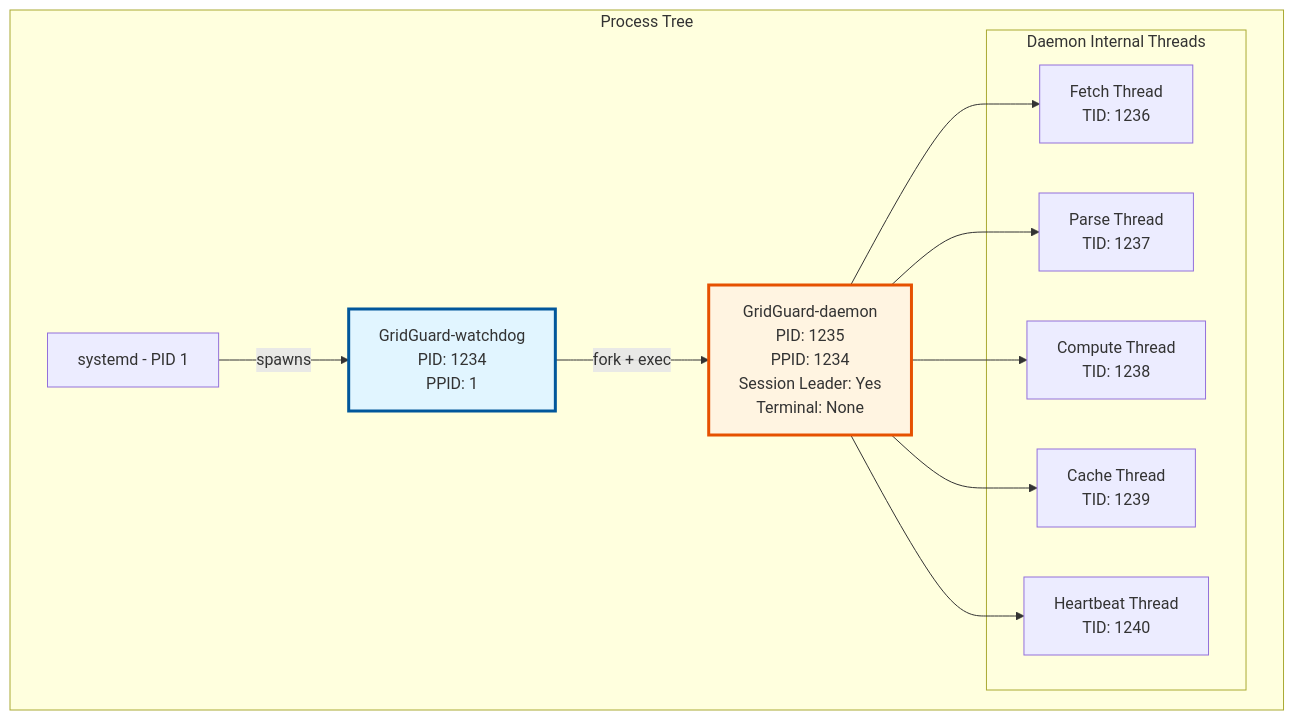
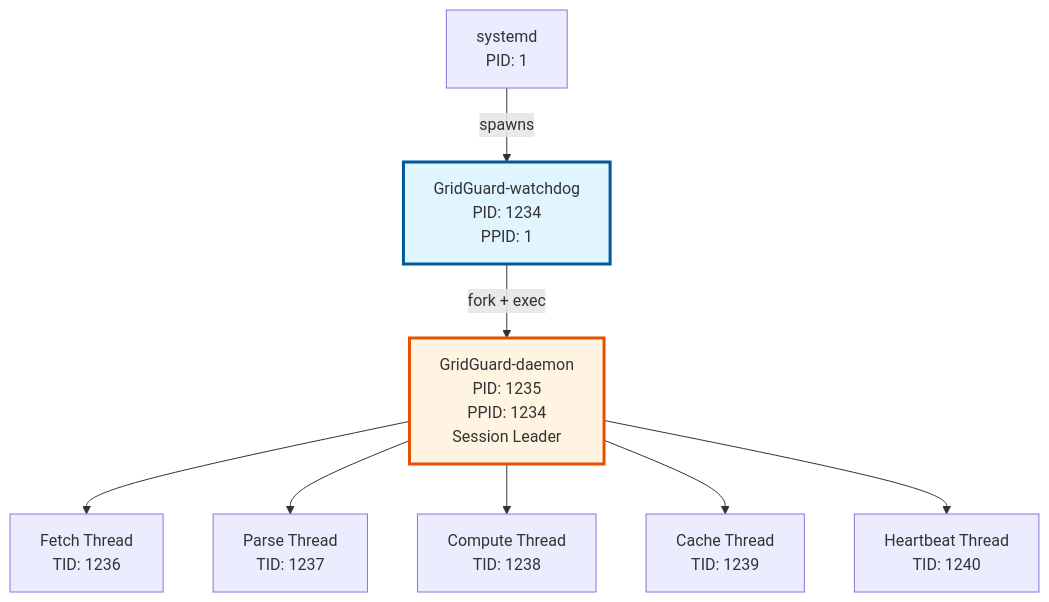
The second of 4 diagrams in docs/DAEMON_WATCHDOG.md (allejako/GridGuard), drawn with Mermaid before and after one commit. The commit also changed other lines of this file, not shown here.

Commit message:
Add daemon/watchdog architecture docs/diagrams

````diff
--- a/docs/DAEMON_WATCHDOG.md
+++ b/docs/DAEMON_WATCHDOG.md
@@ -107,29 +85,25 @@
 ```mermaid
-graph TD
-    subgraph "Process Tree"
-        SYSTEMD[systemd - PID 1]
+flowchart TD
+    SYSTEMD[systemd<br/>PID: 1]
 
-        WD_PROC[GridGuard-watchdog<br/>PID: 1234<br/>PPID: 1]
+    WD_PROC[GridGuard-watchdog<br/>PID: 1234<br/>PPID: 1]
 
-        DAEMON_PROC[GridGuard-daemon<br/>PID: 1235<br/>PPID: 1234<br/>Session Leader: Yes<br/>Terminal: None]
+    DAEMON_PROC[GridGuard-daemon<br/>PID: 1235<br/>PPID: 1234<br/>Session Leader]
 
-        subgraph "Daemon Internal Threads"
-            T1[Fetch Thread<br/>TID: 1236]
-            T2[Parse Thread<br/>TID: 1237]
-            T3[Compute Thread<br/>TID: 1238]
-            T4[Cache Thread<br/>TID: 1239]
-            T5[Heartbeat Thread<br/>TID: 1240]
-        end
-    end
+    T1[Fetch Thread<br/>TID: 1236]
+    T2[Parse Thread<br/>TID: 1237]
+    T3[Compute Thread<br/>TID: 1238]
+    T4[Cache Thread<br/>TID: 1239]
+    T5[Heartbeat Thread<br/>TID: 1240]
 
     SYSTEMD -->|spawns| WD_PROC
     WD_PROC -->|fork + exec| DAEMON_PROC
     DAEMON_PROC --> T1
     DAEMON_PROC --> T2
     DAEMON_PROC --> T3
     DAEMON_PROC --> T4
     DAEMON_PROC --> T5
 
     style WD_PROC fill:#e1f5ff,stroke:#01579b,stroke-width:3px
     style DAEMON_PROC fill:#fff4e1,stroke:#e65100,stroke-width:3px
 ```
````
